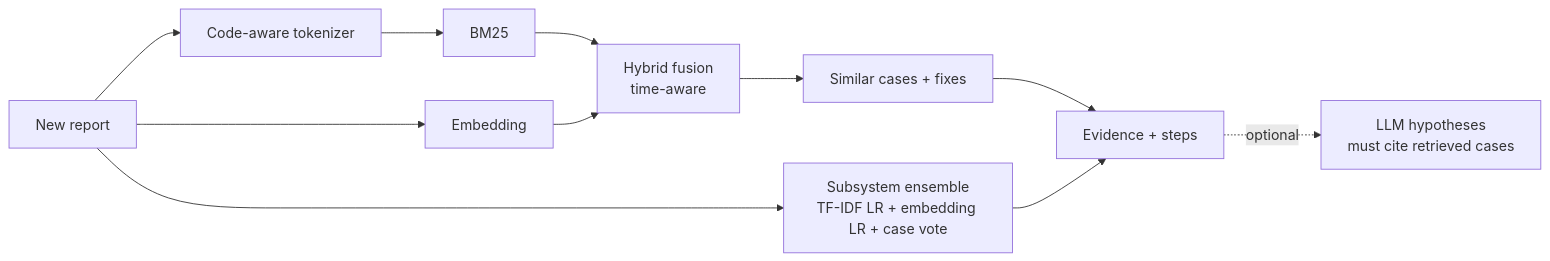
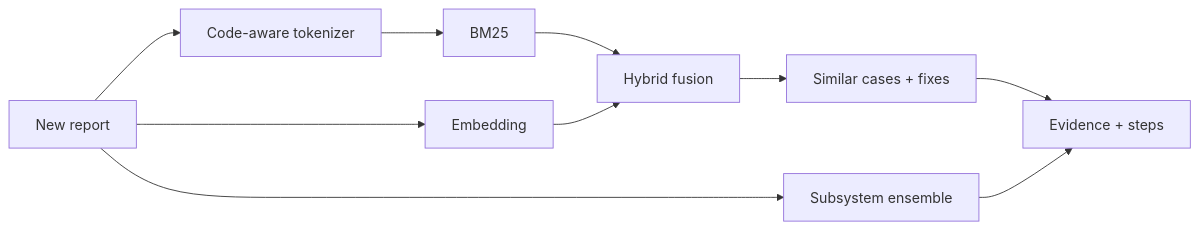
The diagram in README.md (sriyaaa2003/trouble-report-investigator), drawn with Mermaid before and after one commit. The commit also changed other lines of this file, not shown here.

````diff
--- a/README.md
+++ b/README.md
@@ -62,11 +38,10 @@
 ```mermaid
 flowchart LR
   R[New report] --> T[Code-aware tokenizer]
   T --> B[BM25]
   R --> E[Embedding]
-  B & E --> F[Hybrid fusion<br/>time-aware]
+  B & E --> F[Hybrid fusion]
   F --> C[Similar cases + fixes]
-  R --> M[Subsystem ensemble<br/>TF-IDF LR + embedding LR + case vote]
+  R --> M[Subsystem ensemble]
   C & M --> V[Evidence + steps]
-  V -. optional .-> L[LLM hypotheses<br/>must cite retrieved cases]
 ```
````
